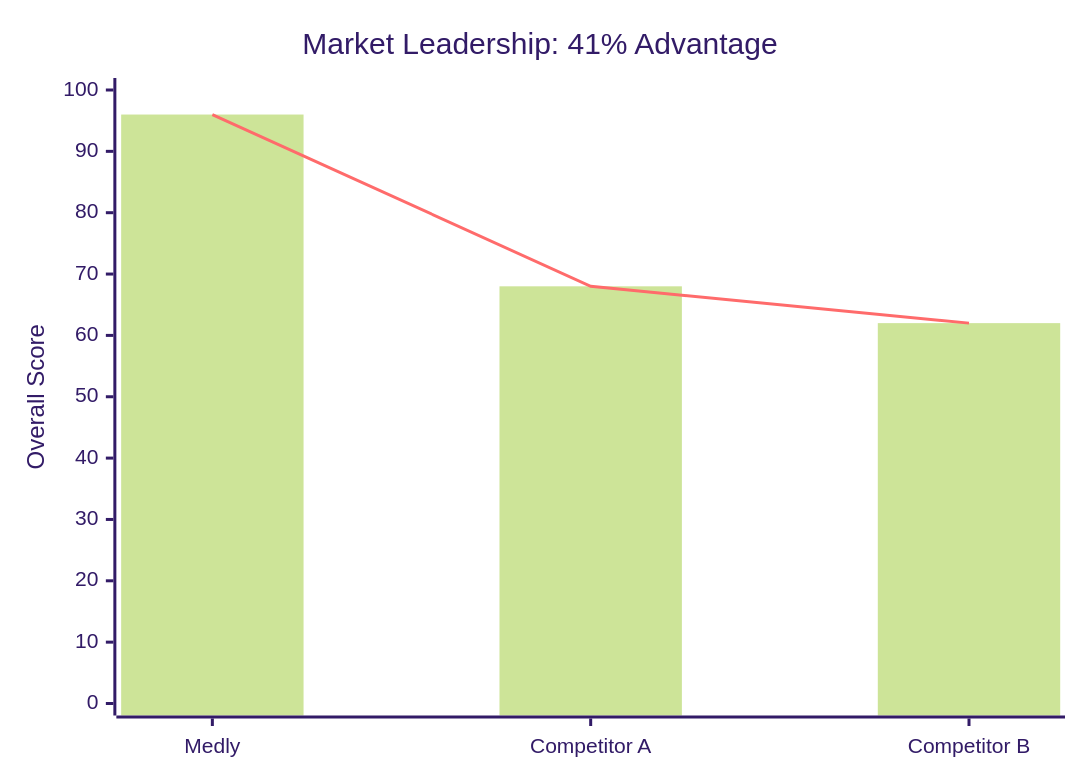
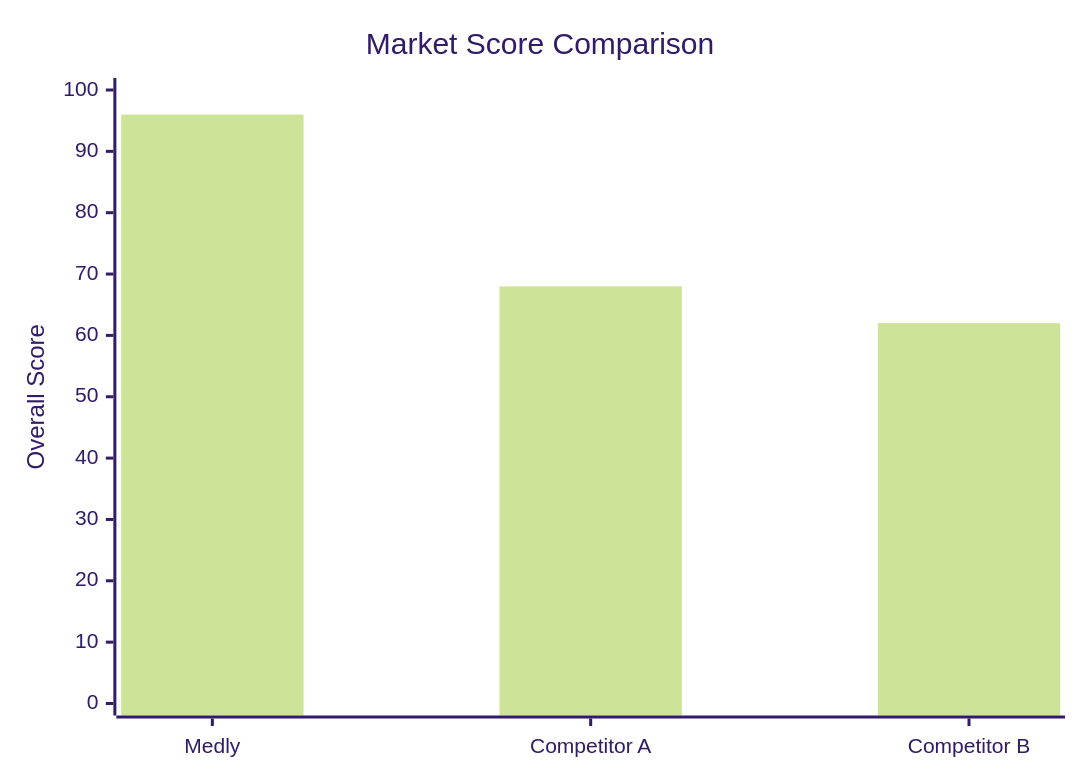
Before and after one commit to Iceman-Dann/Medly: the fifth of 8 diagrams in README.md, drawn with Mermaid (forest theme). The commit also changed other lines of this file, not shown here.

````diff
--- a/README.md
+++ b/README.md
@@ -115,8 +77,7 @@
 ```mermaid
 xychart-beta
-    title "Market Leadership: 41% Advantage"
+    title "Market Score Comparison"
     x-axis ["Medly", "Competitor A", "Competitor B"]
     y-axis "Overall Score" 0 --> 100
     bar [96, 68, 62]
-    line [96, 68, 62]
 ```
````
